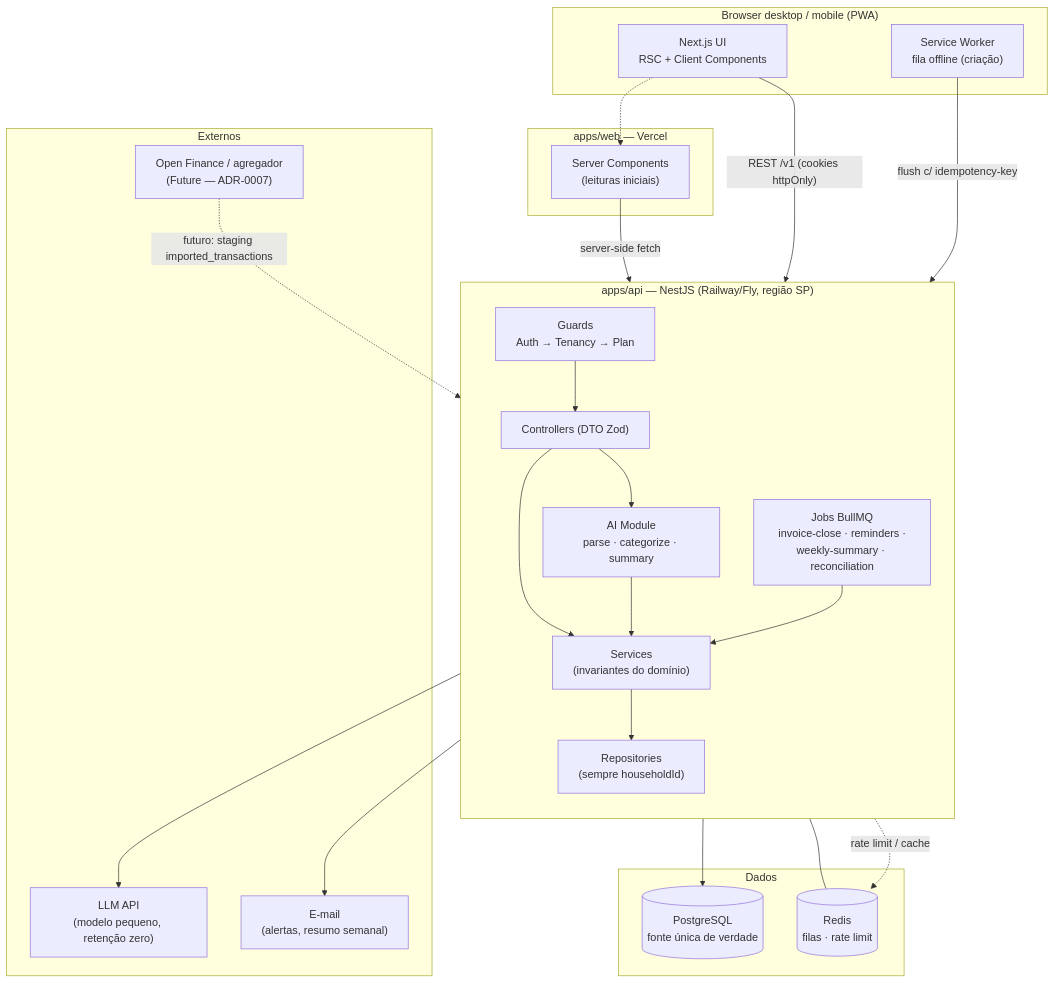
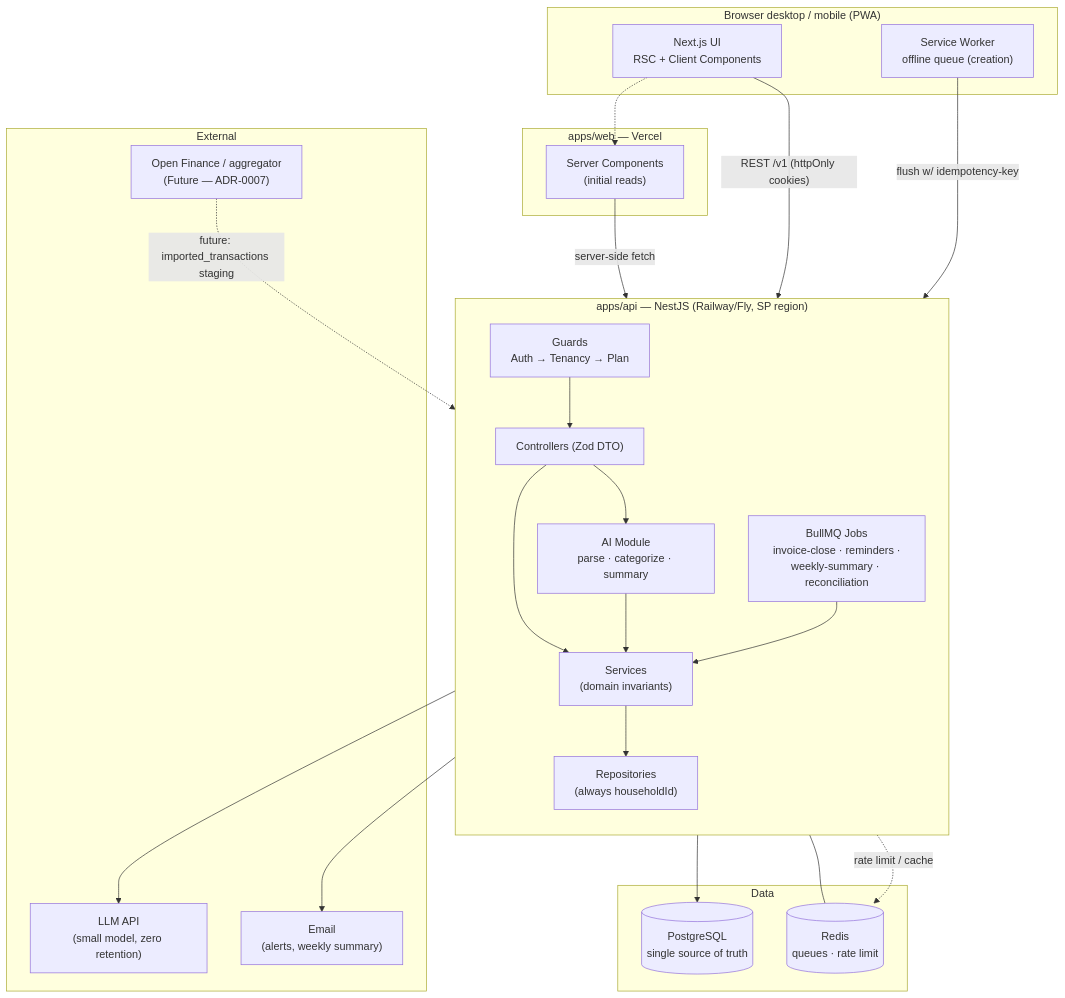
Before and after one commit to fernandaquerino/tally: the first of 4 diagrams in docs/architecture/architecture.md, drawn with Mermaid. The commit also changed other lines of this file and 34 other files, not shown here.

````diff
--- a/docs/architecture/architecture.md
+++ b/docs/architecture/architecture.md
@@ -315,46 +315,46 @@
 ```mermaid
 flowchart TB
   subgraph Client["Browser desktop / mobile (PWA)"]
     UI["Next.js UI<br/>RSC + Client Components"]
-    SW["Service Worker<br/>fila offline (criação)"]
+    SW["Service Worker<br/>offline queue (creation)"]
   end
 
   subgraph FE["apps/web — Vercel"]
-    RSC["Server Components<br/>(leituras iniciais)"]
+    RSC["Server Components<br/>(initial reads)"]
   end
 
-  subgraph BE["apps/api — NestJS (Railway/Fly, região SP)"]
+  subgraph BE["apps/api — NestJS (Railway/Fly, SP region)"]
     direction TB
     GUARD["Guards<br/>Auth → Tenancy → Plan"]
-    CTRL["Controllers (DTO Zod)"]
-    SVC["Services<br/>(invariantes do domínio)"]
-    REPO["Repositories<br/>(sempre householdId)"]
+    CTRL["Controllers (Zod DTO)"]
+    SVC["Services<br/>(domain invariants)"]
+    REPO["Repositories<br/>(always householdId)"]
     AIM["AI Module<br/>parse · categorize · summary"]
-    JOBS["Jobs BullMQ<br/>invoice-close · reminders ·<br/>weekly-summary · reconciliation"]
+    JOBS["BullMQ Jobs<br/>invoice-close · reminders ·<br/>weekly-summary · reconciliation"]
   end
 
-  subgraph Data["Dados"]
-    PG[("PostgreSQL<br/>fonte única de verdade")]
-    REDIS[("Redis<br/>filas · rate limit")]
+  subgraph Data["Data"]
+    PG[("PostgreSQL<br/>single source of truth")]
+    REDIS[("Redis<br/>queues · rate limit")]
   end
 
-  subgraph Ext["Externos"]
-    LLM["LLM API<br/>(modelo pequeno, retenção zero)"]
-    MAIL["E-mail<br/>(alertas, resumo semanal)"]
-    OF["Open Finance / agregador<br/>(Future — ADR-0007)"]
+  subgraph Ext["External"]
+    LLM["LLM API<br/>(small model, zero retention)"]
+    MAIL["Email<br/>(alerts, weekly summary)"]
+    OF["Open Finance / aggregator<br/>(Future — ADR-0007)"]
   end
 
-  UI -->|"REST /v1 (cookies httpOnly)"| GUARD
+  UI -->|"REST /v1 (httpOnly cookies)"| GUARD
   UI -.-> RSC
-  SW -->|"flush c/ idempotency-key"| GUARD
+  SW -->|"flush w/ idempotency-key"| GUARD
   RSC -->|server-side fetch| GUARD
   GUARD --> CTRL --> SVC --> REPO --> PG
   CTRL --> AIM
   AIM --> LLM
   AIM --> SVC
   JOBS --> SVC
   JOBS --> MAIL
   JOBS --- REDIS
   SVC -.rate limit / cache.-> REDIS
-  OF -.futuro: staging imported_transactions.-> SVC
+  OF -.future: imported_transactions staging.-> SVC
 ```
````
